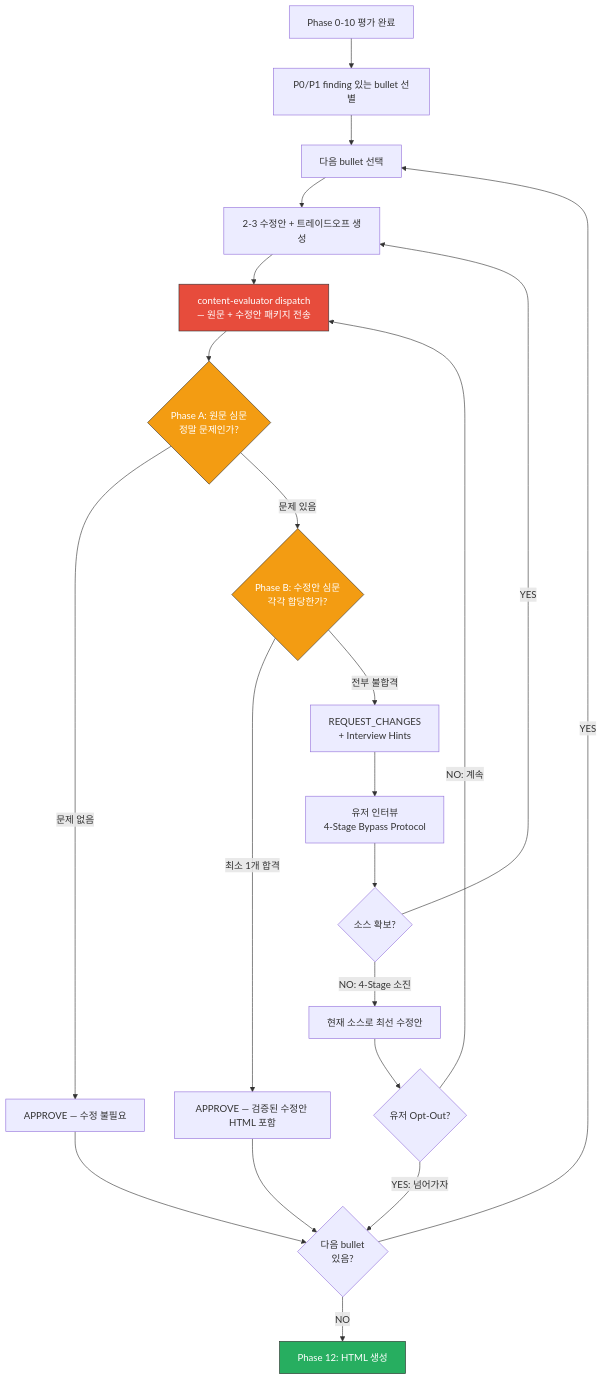
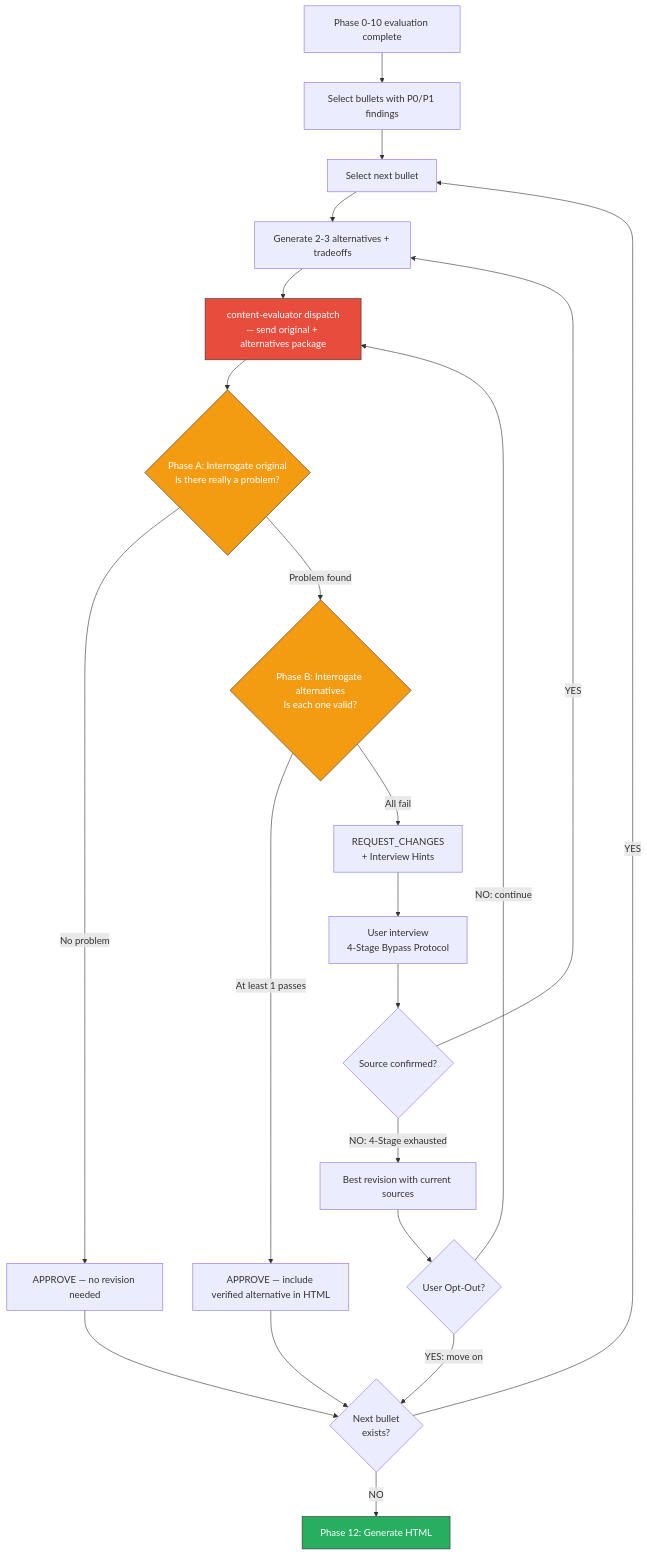
The diagram in skills/review-resume/references/content-quality-gate.md (toongri/oh-my-toong-playground), drawn with Mermaid before and after one commit. The commit also changed other lines of this file and 2 other files, not shown here.

Commit message:
refactor: content-evaluator, quality-gate 영어 재작성

````diff
--- a/skills/review-resume/references/content-quality-gate.md
+++ b/skills/review-resume/references/content-quality-gate.md
@@ -263,33 +263,33 @@
 ```mermaid
 flowchart TB
-    A[Phase 0-10 평가 완료] --> B[P0/P1 finding 있는 bullet 선별]
-    B --> C[다음 bullet 선택]
-    C --> D[2-3 수정안 + 트레이드오프 생성]
-    D --> H[content-evaluator dispatch\n— 원문 + 수정안 패키지 전송]
+    A[Phase 0-10 evaluation complete] --> B[Select bullets with P0/P1 findings]
+    B --> C[Select next bullet]
+    C --> D[Generate 2-3 alternatives + tradeoffs]
+    D --> H[content-evaluator dispatch\n— send original + alternatives package]
 
-    H --> DIAG{Phase A: 원문 심문\n정말 문제인가?}
-    DIAG -->|문제 없음| APPROVE_ORIG[APPROVE — 수정 불필요]
-    DIAG -->|문제 있음| ALTEVAL{Phase B: 수정안 심문\n각각 합당한가?}
+    H --> DIAG{Phase A: Interrogate original\nIs there really a problem?}
+    DIAG -->|No problem| APPROVE_ORIG[APPROVE — no revision needed]
+    DIAG -->|Problem found| ALTEVAL{Phase B: Interrogate alternatives\nIs each one valid?}
 
-    ALTEVAL -->|최소 1개 합격| APPROVE_ALT[APPROVE — 검증된 수정안 HTML 포함]
-    ALTEVAL -->|전부 불합격| K[REQUEST_CHANGES\n+ Interview Hints]
+    ALTEVAL -->|At least 1 passes| APPROVE_ALT[APPROVE — include verified alternative in HTML]
+    ALTEVAL -->|All fail| K[REQUEST_CHANGES\n+ Interview Hints]
 
-    K --> L[유저 인터뷰\n4-Stage Bypass Protocol]
-    L --> M{소스 확보?}
+    K --> L[User interview\n4-Stage Bypass Protocol]
+    L --> M{Source confirmed?}
     M -->|YES| D
-    M -->|NO: 4-Stage 소진| N[현재 소스로 최선 수정안]
-    N --> O{유저 Opt-Out?}
-    O -->|YES: 넘어가자| J
-    O -->|NO: 계속| H
+    M -->|NO: 4-Stage exhausted| N[Best revision with current sources]
+    N --> O{User Opt-Out?}
+    O -->|YES: move on| J
+    O -->|NO: continue| H
 
-    APPROVE_ORIG --> J{다음 bullet\n있음?}
+    APPROVE_ORIG --> J{Next bullet\nexists?}
     APPROVE_ALT --> J
 
     J -->|YES| C
-    J -->|NO| P[Phase 12: HTML 생성]
+    J -->|NO| P[Phase 12: Generate HTML]
 
     style H fill:#e74c3c,stroke:#333,color:#fff
     style DIAG fill:#f39c12,stroke:#333,color:#fff
     style ALTEVAL fill:#f39c12,stroke:#333,color:#fff
     style P fill:#27ae60,stroke:#333,color:#fff
 ```
````
